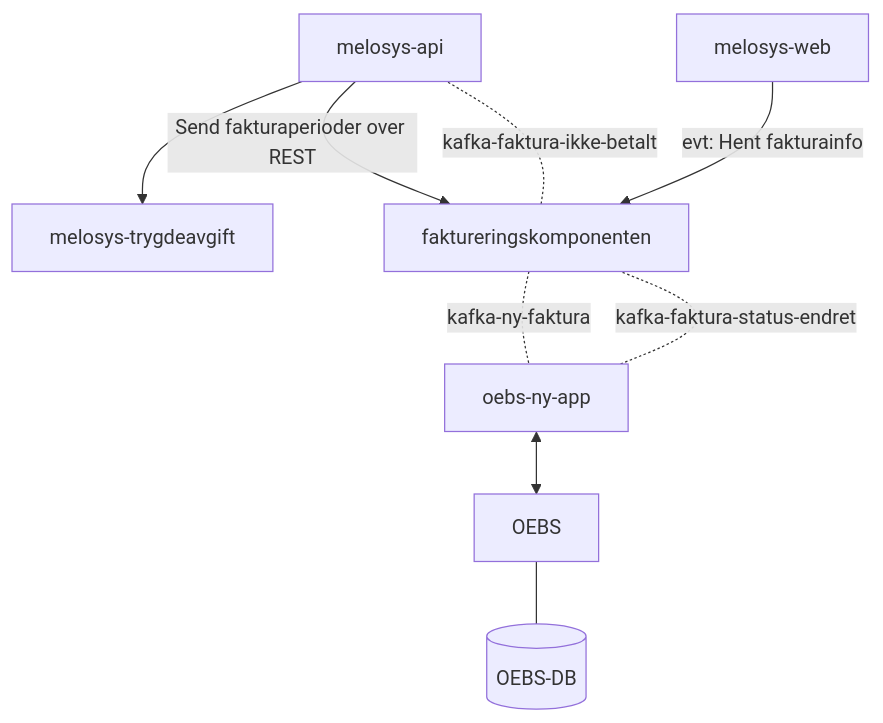
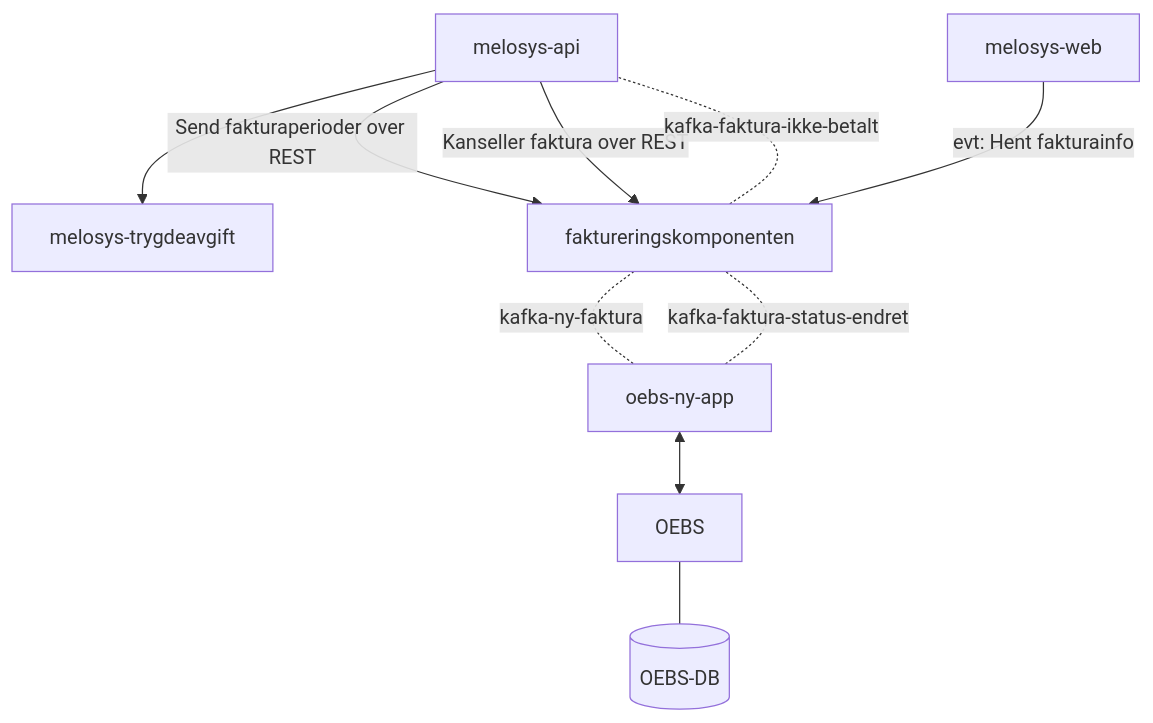
One commit to navikt/faktureringskomponenten changed the second of 3 diagrams in README.md. Above: the diagram before and after it, drawn with Mermaid. The commit also changed other lines of this file and 4 other files, not shown here.

````diff
--- a/README.md
+++ b/README.md
@@ -3,11 +45,12 @@
 ```mermaid
 flowchart TB
     melosys-api --> melosys-trygdeavgift
     melosys-api --Send fakturaperioder over REST --> faktureringskomponenten
+    melosys-api --Kanseller faktura over REST --> faktureringskomponenten
     melosys-web -- evt: Hent fakturainfo --> faktureringskomponenten
     faktureringskomponenten -. kafka-ny-faktura -.- oebs-ny-app
     oebs-ny-app -. kafka-faktura-status-endret -.- faktureringskomponenten
     faktureringskomponenten -. kafka-faktura-ikke-betalt -.- melosys-api
     oebs-ny-app<-->OEBS
     OEBS---OEBS-DB[(OEBS-DB)]
 ```
````
